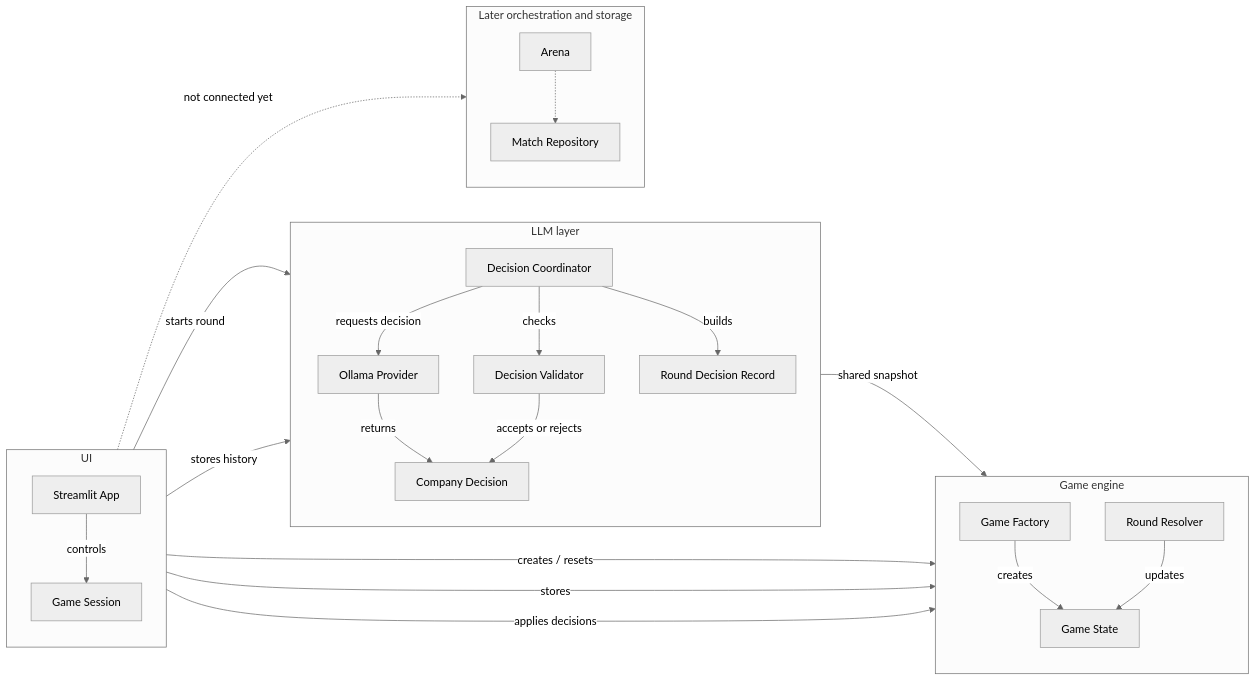
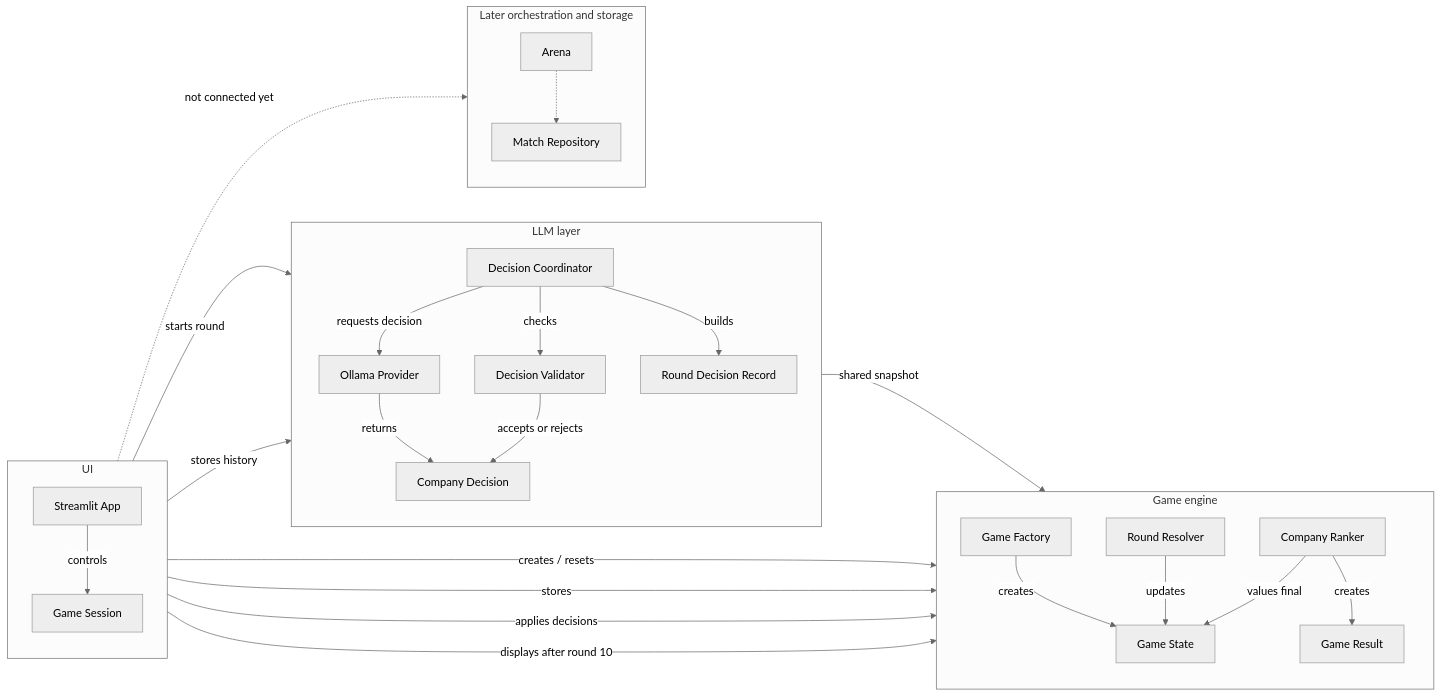
The third of 4 diagrams in README.md (atugurlan/llm-startup-arena), drawn with Mermaid (neutral theme) before and after one commit. The commit also changed other lines of this file and 2 other files, not shown here.

Commit message:
Document and test final ranking

````diff
--- a/README.md
+++ b/README.md
@@ -262,49 +279,54 @@
 ```mermaid
 flowchart LR
     subgraph Interface["UI"]
         direction TB
         App["Streamlit App"]
         Session["Game Session"]
     end
 
     subgraph Game["Game engine"]
         direction TB
         Factory["Game Factory"]
         Resolver["Round Resolver"]
+        Ranker["Company Ranker"]
+        Result["Game Result"]
         State["Game State"]
     end
 
     subgraph Intelligence["LLM layer"]
         direction TB
         Coordinator["Decision Coordinator"]
         Ollama["Ollama Provider"]
         Validator["Decision Validator"]
         Decision["Company Decision"]
         Record["Round Decision Record"]
     end
 
     subgraph Future["Later orchestration and storage"]
         direction TB
         Arena["Arena"]
         Repository["Match Repository"]
     end
 
     App -->|controls| Session
     App -->|starts round| Coordinator
     Session -->|creates / resets| Factory
     Session -->|stores| State
     Factory -->|creates| State
     Session -->|applies decisions| Resolver
     Resolver -->|updates| State
+    Ranker -->|values final| State
+    Ranker -->|creates| Result
+    App -->|displays after round 10| Result
 
     Coordinator -->|shared snapshot| State
     Coordinator -->|requests decision| Ollama
     Ollama -->|returns| Decision
     Coordinator -->|checks| Validator
     Validator -->|accepts or rejects| Decision
     Coordinator -->|builds| Record
     Session -->|stores history| Record
 
     App -.->|not connected yet| Arena
     Arena -.-> Repository
 ```
````
